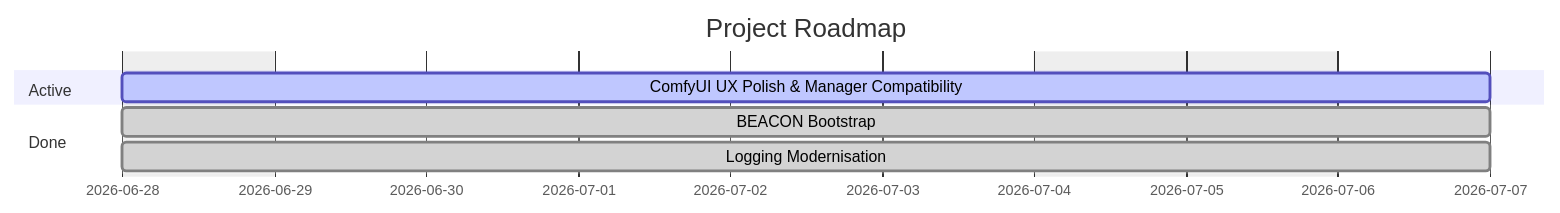
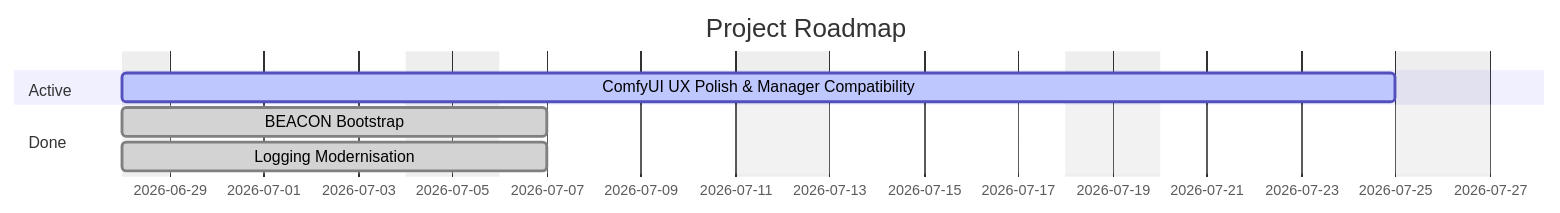
The diagram in ROADMAP.md (darth-veitcher/comfydv), drawn with Mermaid before and after one commit. The commit also changed other lines of this file, not shown here.

First line of the commit message:
chore: update ROADMAP.md after beacon roadmap refresh

````diff
--- a/ROADMAP.md
+++ b/ROADMAP.md
@@ -9,14 +9,14 @@
 ```mermaid
 gantt
     title Project Roadmap
     dateFormat  YYYY-MM-DD
     excludes    weekends
 
     section Active
-    ComfyUI UX Polish & Manager Compatibility :active, ux-and-install, 2026-06-28, 7d
+    ComfyUI UX Polish & Manager Compatibility :active, ux-and-install, 2026-06-28, 21d
 
     section Done
     BEACON Bootstrap :done, beacon-bootstrap, 2026-06-28, 7d
     Logging Modernisation :done, logging-modernisation, 2026-06-28, 7d
 
 ```
````
